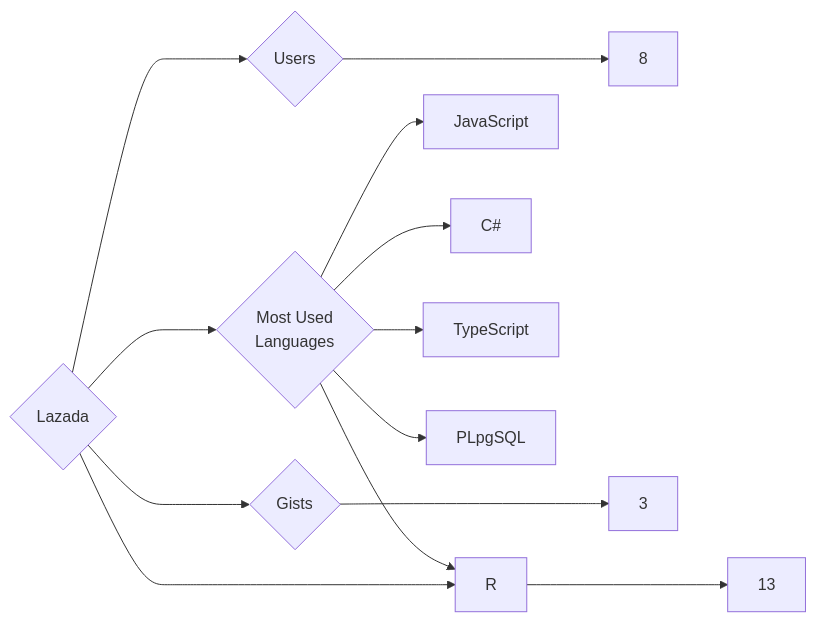
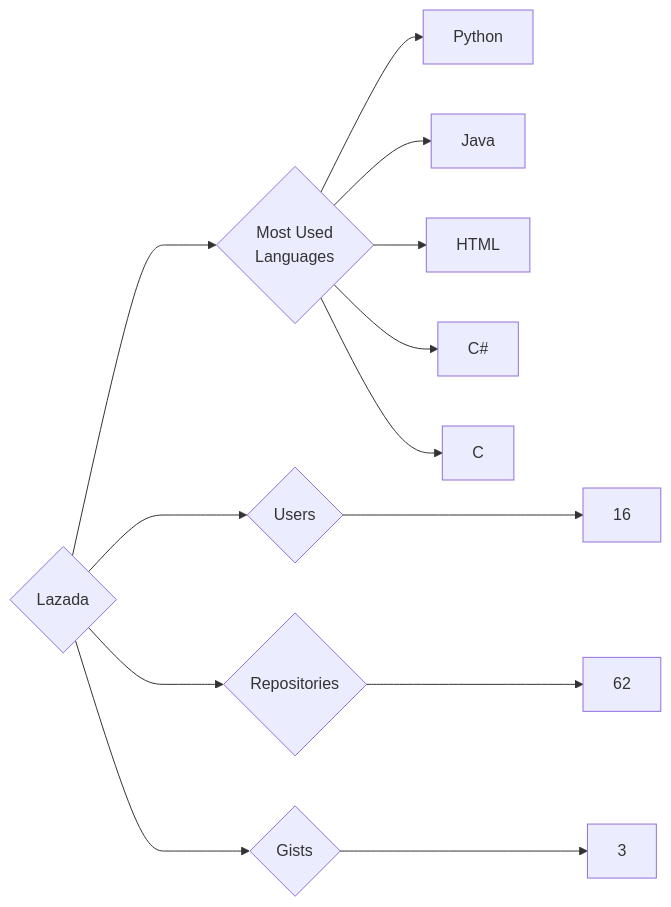
One commit to trickest/insiders changed the diagram in targets/Lazada/README.md. Above: the diagram before and after it, drawn with Mermaid. The commit also changed 925 other files, not shown here.

````diff
--- a/targets/Lazada/README.md
+++ b/targets/Lazada/README.md
@@ -3,13 +3,13 @@
 ```mermaid
 graph LR
 COMPANY_NAME{Lazada}
-COMPANY_NAME ---> U{Users} ---> UN[8]
-COMPANY_NAME ---> R{Repositories} ---> RN[13]
+COMPANY_NAME ---> U{Users} ---> UN[16]
+COMPANY_NAME ---> R{Repositories} ---> RN[62]
 COMPANY_NAME ---> G{Gists} ---> GN[3]
 COMPANY_NAME ---> ML{Most Used<br>Languages}
-ML --> JavaScript[JavaScript]
+ML --> Python[Python]
+ML --> Java[Java]
+ML --> HTML[HTML]
 ML --> C#[C#]
-ML --> TypeScript[TypeScript]
-ML --> R[R]
-ML --> PLpgSQL[PLpgSQL]
+ML --> C[C]
 ```
````
